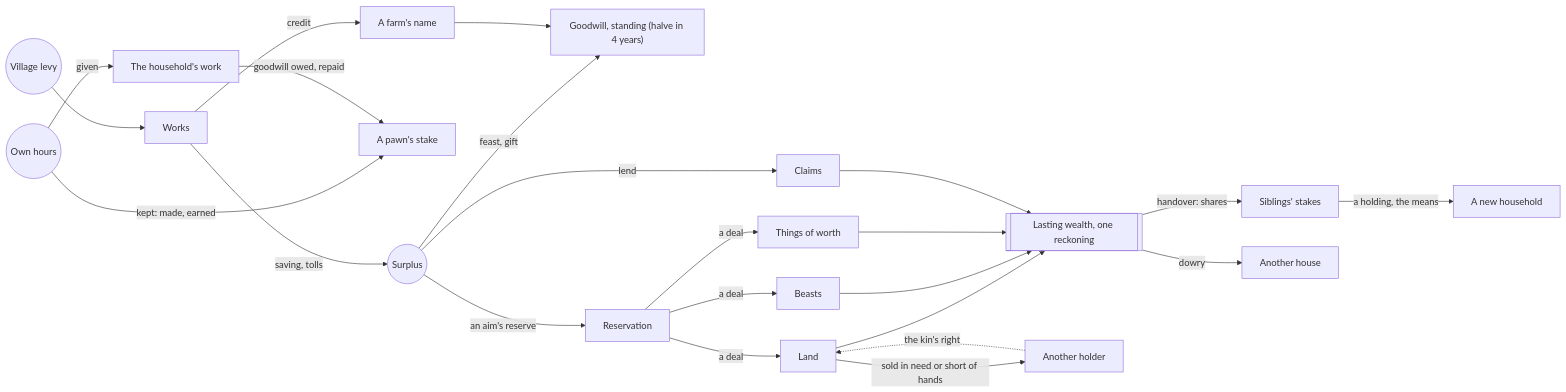
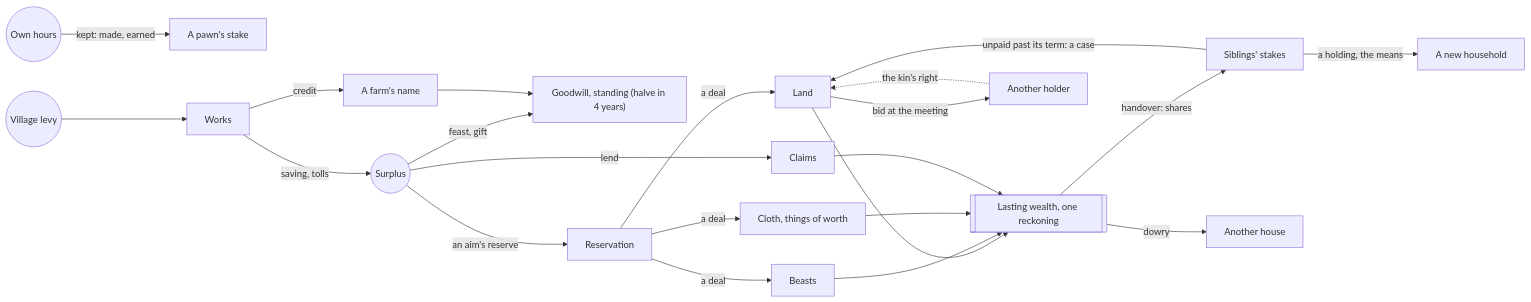
Before and after one commit to ashlaban/village-builder: the diagram in docs/plans/generations/README.md, drawn with Mermaid. The commit also changed other lines of this file and 1 other file, not shown here.

````diff
--- a/docs/plans/generations/README.md
+++ b/docs/plans/generations/README.md
@@ -151,25 +147,24 @@
 ```mermaid
 flowchart LR
   surplus(("Surplus")) -->|"feast, gift"| soft["Goodwill, standing (halve in 4 years)"]
   surplus -->|"an aim's reserve"| res["Reservation"]
   surplus -->|"lend"| claims["Claims"]
   res -->|"a deal"| land["Land"]
   res -->|"a deal"| beasts["Beasts"]
-  res -->|"a deal"| worth["Things of worth"]
+  res -->|"a deal"| worth["Cloth, things of worth"]
   land --> lasting[["Lasting wealth, one reckoning"]]
   beasts --> lasting
   worth --> lasting
   claims --> lasting
   lasting -->|"handover: shares"| stakes["Siblings' stakes"]
   lasting -->|"dowry"| other["Another house"]
+  stakes -->|"unpaid past its term: a case"| land
   stakes -->|"a holding, the means"| newhouse["A new household"]
   hours(("Own hours")) -->|"kept: made, earned"| stake["A pawn's stake"]
-  hours -->|"given"| hh["The household's work"]
-  hh -->|"goodwill owed, repaid"| stake
-  land -->|"sold in need or short of hands"| buyer["Another holder"]
+  land -->|"bid at the meeting"| buyer["Another holder"]
   buyer -.->|"the kin's right"| land
   levy(("Village levy")) --> works["Works"]
   works -->|"saving, tolls"| surplus
   works -->|"credit"| name["A farm's name"]
   name --> soft
 ```
````
